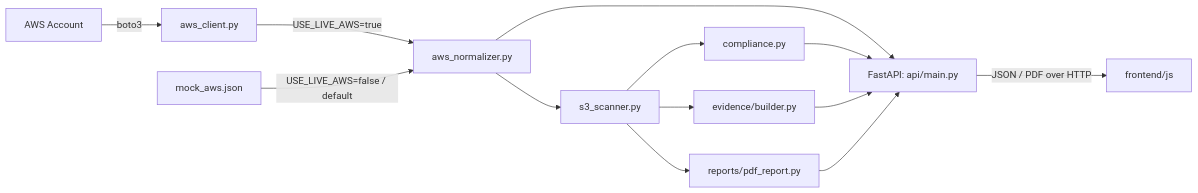
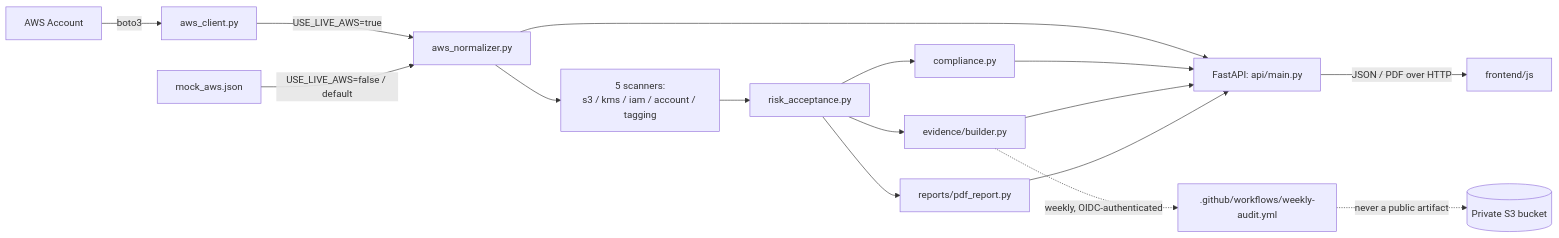
The diagram in docs/architecture.md (josephademola/cloud-resilience-visualizer), drawn with Mermaid before and after one commit. The commit also changed other lines of this file and 1 other file, not shown here.

First line of the commit message:
docs: refresh README and architecture.md for current build state

````diff
--- a/docs/architecture.md
+++ b/docs/architecture.md
@@ -16,20 +22,23 @@
 ```mermaid
 flowchart LR
     AWS[AWS Account] -->|boto3| Client[aws_client.py]
     Mock[mock_aws.json]
 
     Client -->|USE_LIVE_AWS=true| Norm[aws_normalizer.py]
     Mock -->|USE_LIVE_AWS=false / default| Norm
 
-    Norm --> Scanner[s3_scanner.py]
-    Scanner --> Compliance[compliance.py]
-    Scanner --> Evidence[evidence/builder.py]
-    Scanner --> PDF[reports/pdf_report.py]
+    Norm --> Scanners[5 scanners:\ns3 / kms / iam / account / tagging]
+    Scanners --> RiskAcc[risk_acceptance.py]
+    RiskAcc --> Compliance[compliance.py]
+    RiskAcc --> Evidence[evidence/builder.py]
+    RiskAcc --> PDF[reports/pdf_report.py]
 
     Norm --> API[FastAPI: api/main.py]
     Compliance --> API
     Evidence --> API
     PDF --> API
 
     API -->|JSON / PDF over HTTP| Frontend[frontend/js]
+    Evidence -.->|weekly, OIDC-authenticated| Workflow[.github/workflows/weekly-audit.yml]
+    Workflow -.->|never a public artifact| PrivateS3[(Private S3 bucket)]
 ```
````
